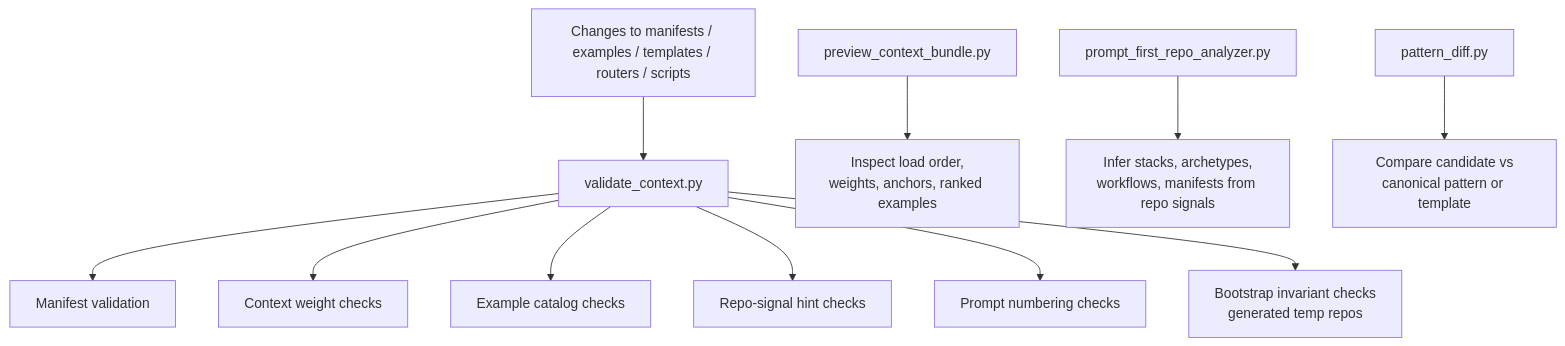
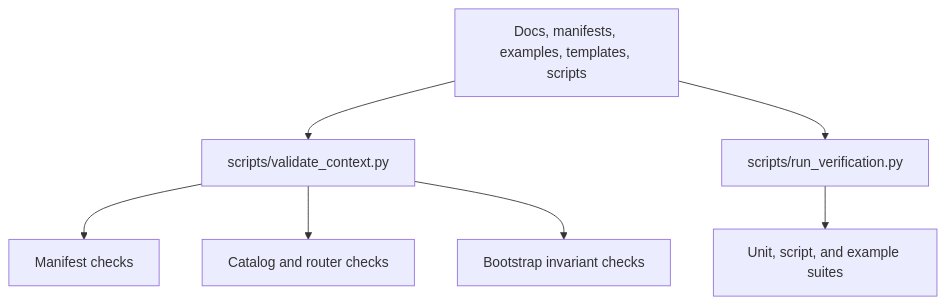
One commit to someflydev/agent-context-base changed the third of 4 diagrams in docs/architecture-mental-model.md. Above: the diagram before and after it, drawn with Mermaid. The commit also changed other lines of this file and 2 other files, not shown here.

First line of the commit message:
[PROMPT_26] Simplify diagrams to match the real runtime flow

````diff
--- a/docs/architecture-mental-model.md
+++ b/docs/architecture-mental-model.md
@@ -186,16 +37,9 @@
 ```mermaid
 flowchart TB
-    CH[Changes to manifests / examples / templates / routers / scripts]
-    CH --> VC[validate_context.py]
-
-    VC --> VM[Manifest validation]
-    VC --> CW[Context weight checks]
-    VC --> EC[Example catalog checks]
-    VC --> RH[Repo-signal hint checks]
-    VC --> PN[Prompt numbering checks]
-    VC --> BI[Bootstrap invariant checks<br/>generated temp repos]
-
-    PB[preview_context_bundle.py] --> INS1[Inspect load order,<br/>weights, anchors, ranked examples]
-    PA[prompt_first_repo_analyzer.py] --> INS2[Infer stacks, archetypes,<br/>workflows, manifests from repo signals]
-    PD[pattern_diff.py] --> INS3[Compare candidate vs<br/>canonical pattern or template]
+    A[Docs, manifests, examples, templates, scripts] --> B[scripts/validate_context.py]
+    B --> C[Manifest checks]
+    B --> D[Catalog and router checks]
+    B --> E[Bootstrap invariant checks]
+    A --> F[scripts/run_verification.py]
+    F --> G[Unit, script, and example suites]
 ```
````
